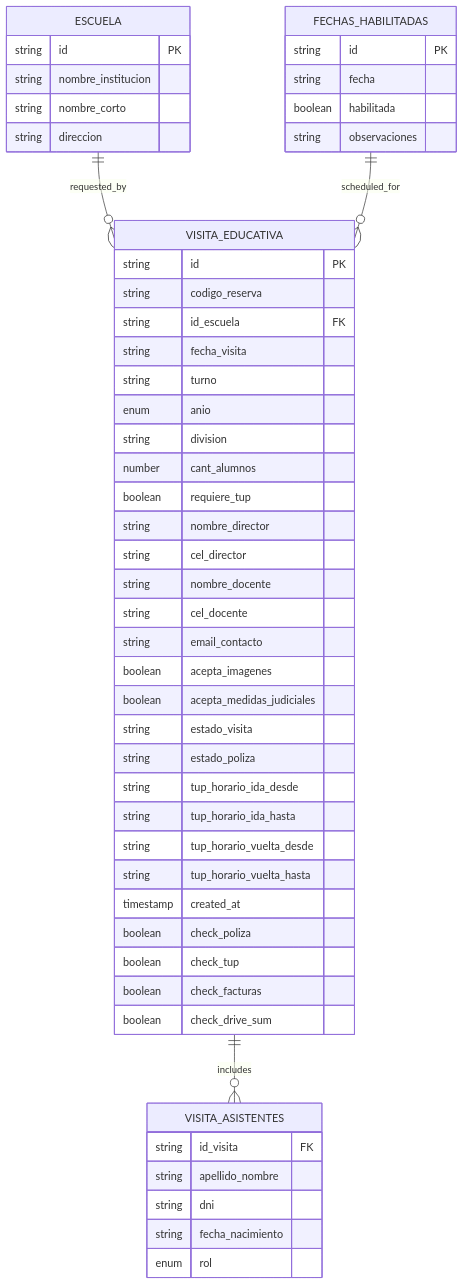
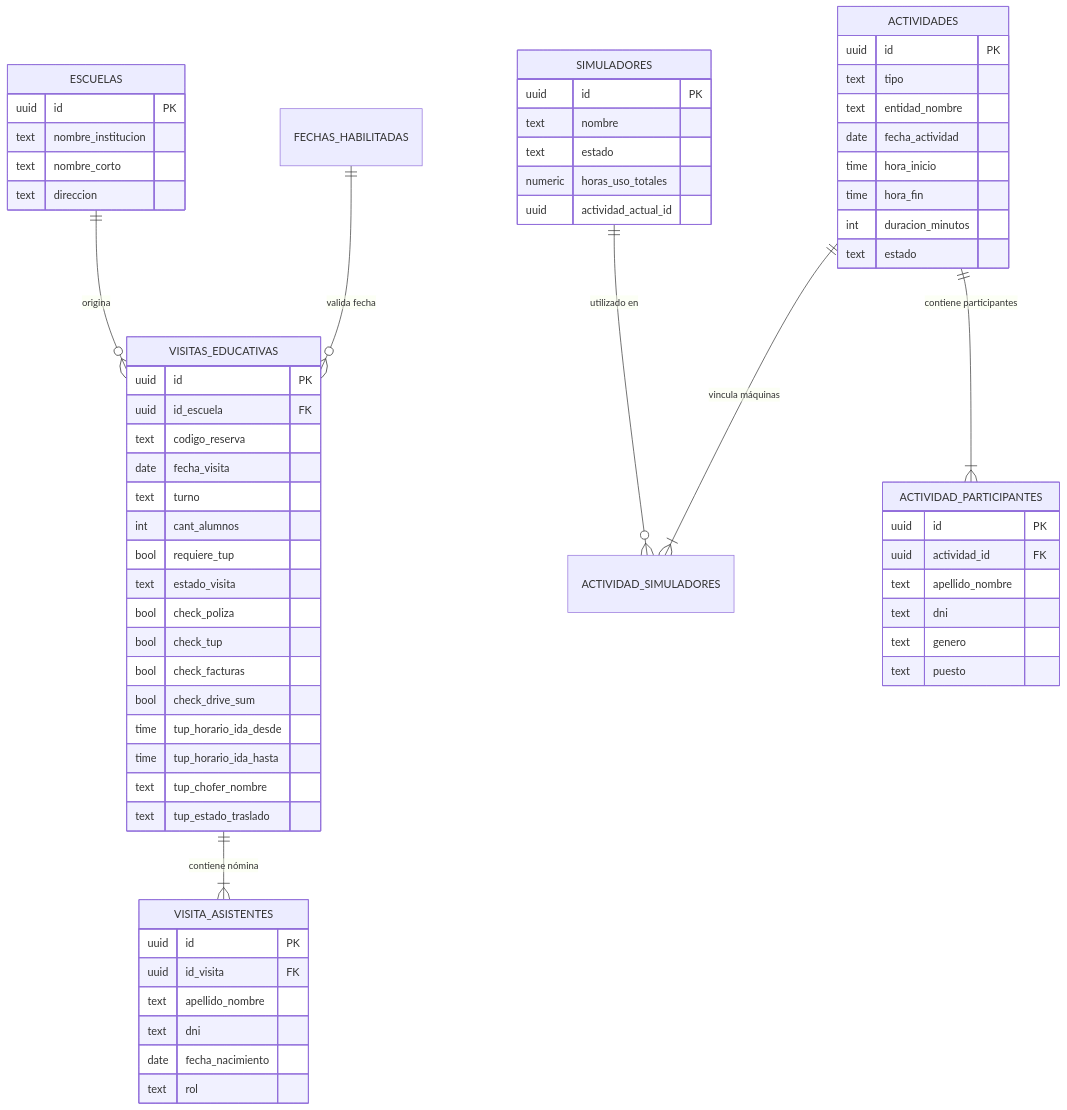
One commit to AgusCatra/simu-twin-web changed the diagram in .qoder/repowiki/en/content/Data Models & Type System.md. Above: the diagram before and after it, drawn with Mermaid. The commit also changed other lines of this file and 11 other files, not shown here.

````diff
--- a/.qoder/repowiki/en/content/Data Models & Type System.md
+++ b/.qoder/repowiki/en/content/Data Models & Type System.md
@@ -384,54 +237,73 @@
 ```mermaid
 erDiagram
-ESCUELA {
-string id PK
-string nombre_institucion
-string nombre_corto
-string direccion
-}
-FECHAS_HABILITADAS {
-string id PK
-string fecha
-boolean habilitada
-string observaciones
-}
-VISITA_EDUCATIVA {
-string id PK
-string codigo_reserva
-string id_escuela FK
-string fecha_visita
-string turno
-enum anio
-string division
-number cant_alumnos
-boolean requiere_tup
-string nombre_director
-string cel_director
-string nombre_docente
-string cel_docente
-string email_contacto
-boolean acepta_imagenes
-boolean acepta_medidas_judiciales
-string estado_visita
-string estado_poliza
-string tup_horario_ida_desde
-string tup_horario_ida_hasta
-string tup_horario_vuelta_desde
-string tup_horario_vuelta_hasta
-timestamp created_at
-boolean check_poliza
-boolean check_tup
-boolean check_facturas
-boolean check_drive_sum
-}
-VISITA_ASISTENTES {
-string id_visita FK
-string apellido_nombre
-string dni
-string fecha_nacimiento
-enum rol
-}
-ESCUELA ||--o{ VISITA_EDUCATIVA : "requested_by"
-FECHAS_HABILITADAS ||--o{ VISITA_EDUCATIVA : "scheduled_for"
-VISITA_EDUCATIVA ||--o{ VISITA_ASISTENTES : "includes"
+    ESCUELAS ||--o{ VISITAS_EDUCATIVAS : "origina"
+    VISITAS_EDUCATIVAS ||--|{ VISITA_ASISTENTES : "contiene nómina"
+    FECHAS_HABILITADAS ||--o{ VISITAS_EDUCATIVAS : "valida fecha"
+    
+    SIMULADORES ||--o{ ACTIVIDAD_SIMULADORES : "utilizado en"
+    ACTIVIDADES ||--|{ ACTIVIDAD_SIMULADORES : "vincula máquinas"
+    ACTIVIDADES ||--|{ ACTIVIDAD_PARTICIPANTES : "contiene participantes"
+
+    ESCUELAS {
+        uuid id PK
+        text nombre_institucion
+        text nombre_corto
+        text direccion
+    }
+
+    VISITAS_EDUCATIVAS {
+        uuid id PK
+        uuid id_escuela FK
+        text codigo_reserva
+        date fecha_visita
+        text turno
+        int cant_alumnos
+        bool requiere_tup
+        text estado_visita
+        bool check_poliza
+        bool check_tup
+        bool check_facturas
+        bool check_drive_sum
+        time tup_horario_ida_desde
+        time tup_horario_ida_hasta
+        text tup_chofer_nombre
+        text tup_estado_traslado
+    }
+
+    VISITA_ASISTENTES {
+        uuid id PK
+        uuid id_visita FK
+        text apellido_nombre
+        text dni
+        date fecha_nacimiento
+        text rol
+    }
+
+    SIMULADORES {
+        uuid id PK
+        text nombre
+        text estado
+        numeric horas_uso_totales
+        uuid actividad_actual_id
+    }
+
+    ACTIVIDADES {
+        uuid id PK
+        text tipo
+        text entidad_nombre
+        date fecha_actividad
+        time hora_inicio
+        time hora_fin
+        int duracion_minutos
+        text estado
+    }
+
+    ACTIVIDAD_PARTICIPANTES {
+        uuid id PK
+        uuid actividad_id FK
+        text apellido_nombre
+        text dni
+        text genero
+        text puesto
+    }
 ```
````
